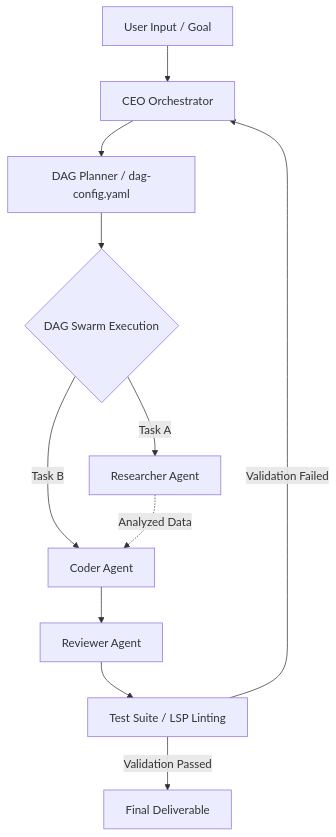
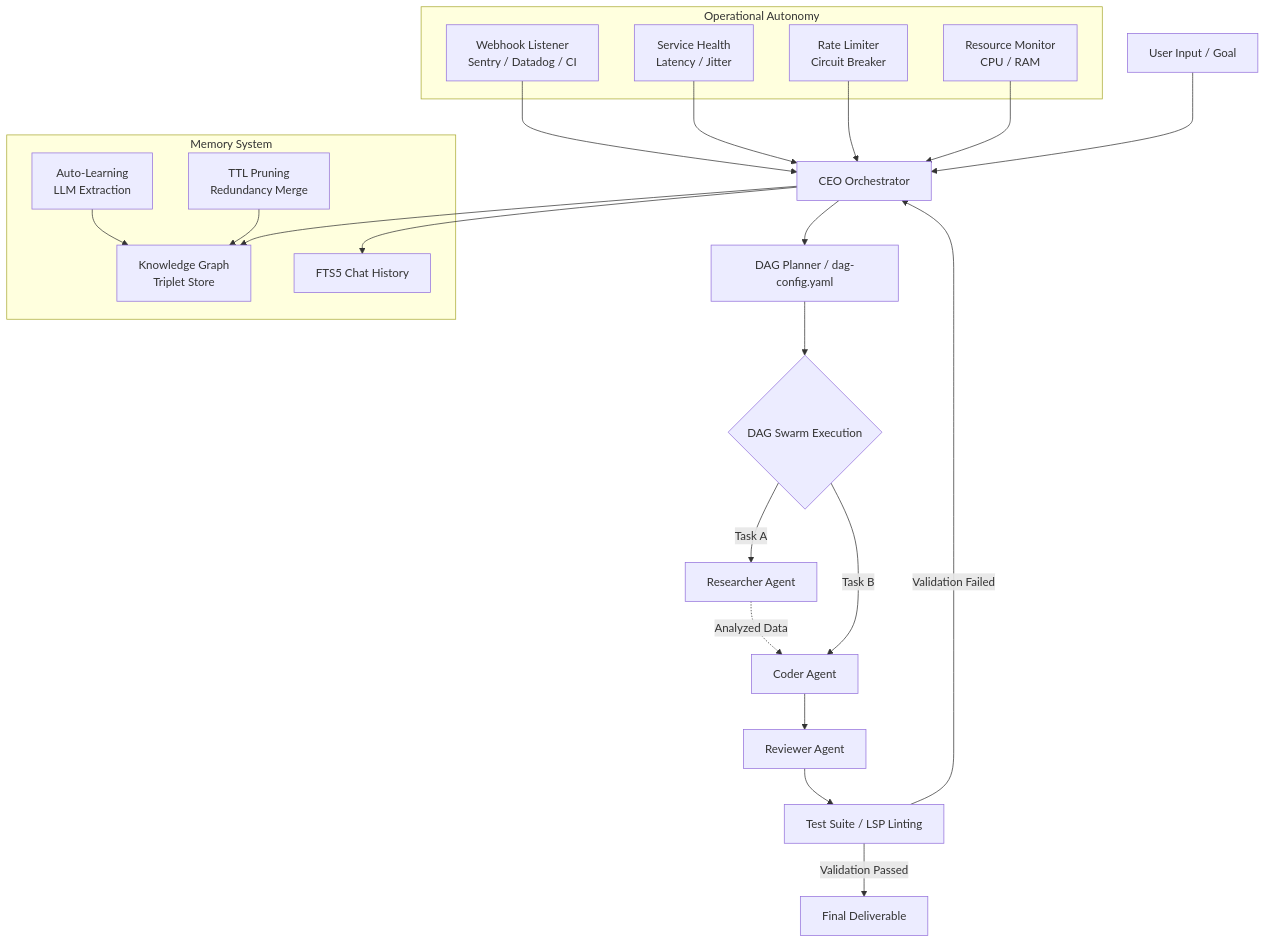
The diagram in README.md (IamNishant51/Custom-PI), drawn with Mermaid before and after one commit. The commit also changed other lines of this file and 1 other file, not shown here.

Commit message:
v1.6.0: bump version, rewrite README with V3 operational autonomy docs

````diff
--- a/README.md
+++ b/README.md
@@ -44,13 +49,36 @@
 ```mermaid
 graph TD
   Goal[User Input / Goal] --> CEO[CEO Orchestrator]
   CEO --> Config[DAG Planner / dag-config.yaml]
   Config --> Swarm{DAG Swarm Execution}
   Swarm -->|Task A| Res[Researcher Agent]
   Swarm -->|Task B| Cod[Coder Agent]
   Res -.->|Analyzed Data| Cod
   Cod --> Rev[Reviewer Agent]
   Rev --> Test[Test Suite / LSP Linting]
   Test -->|Validation Failed| CEO
   Test -->|Validation Passed| Deliver[Final Deliverable]
+
+  subgraph Memory System
+    KG[Knowledge Graph<br/>Triplet Store]
+    FTS[FTS5 Chat History]
+    Auto[Auto-Learning<br/>LLM Extraction]
+    Prune[TTL Pruning<br/>Redundancy Merge]
+  end
+
+  subgraph Operational Autonomy
+    WH[Webhook Listener<br/>Sentry / Datadog / CI]
+    SM[Service Health<br/>Latency / Jitter]
+    RL[Rate Limiter<br/>Circuit Breaker]
+    RM[Resource Monitor<br/>CPU / RAM]
+  end
+
+  CEO --> KG
+  CEO --> FTS
+  Auto --> KG
+  Prune --> KG
+  WH --> CEO
+  SM --> CEO
+  RL --> CEO
+  RM --> CEO
 ```
````
